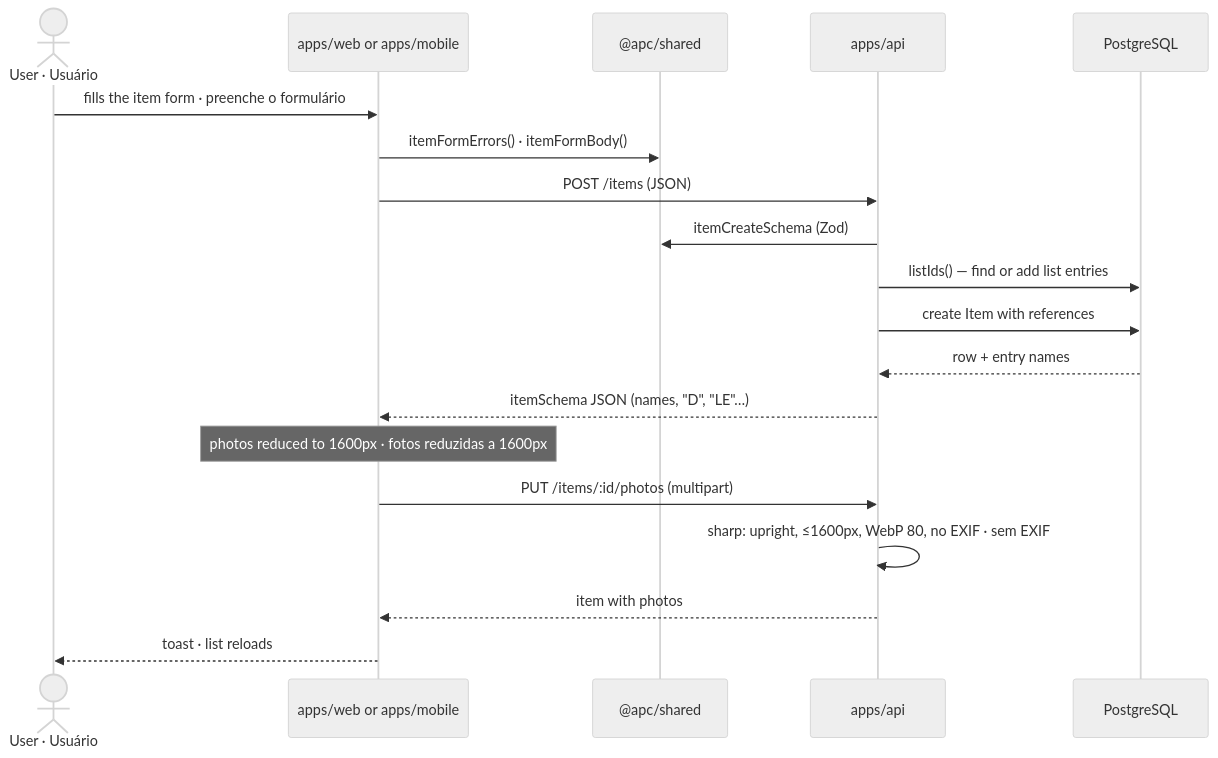
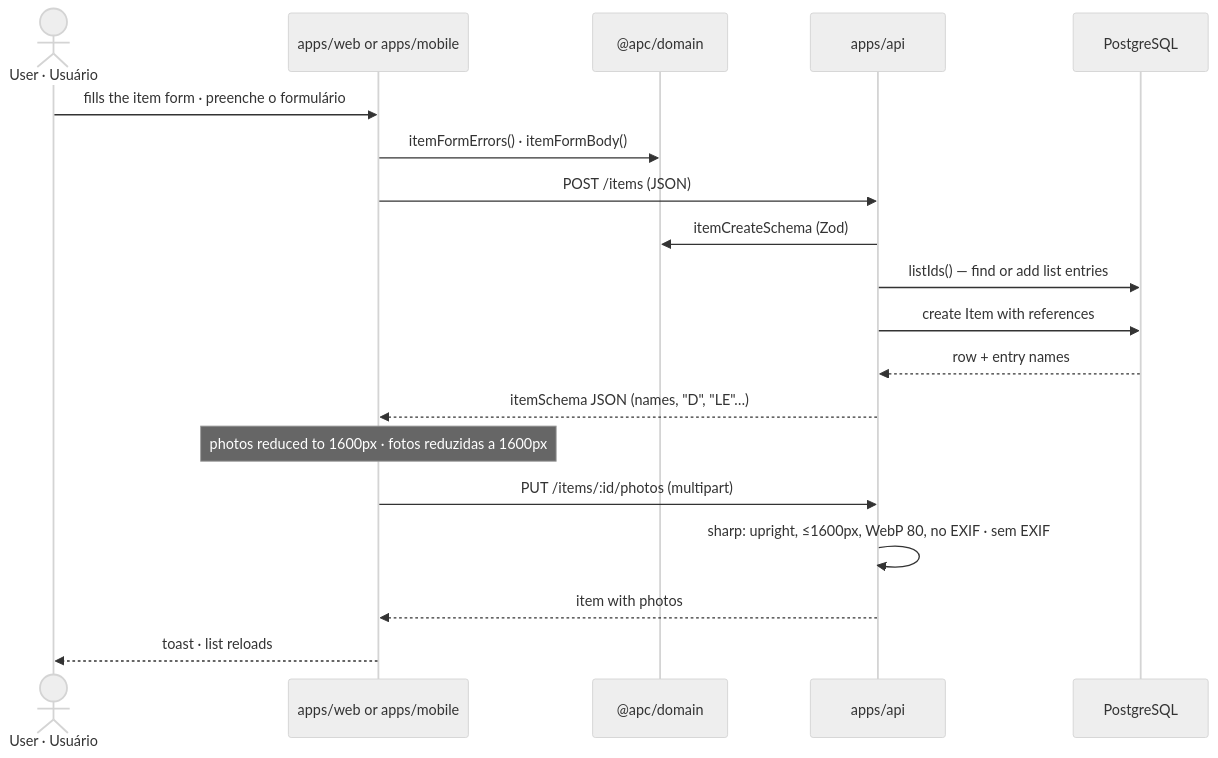
Before and after one commit to ChrisCamilo/apc-universal-repair: the third of 9 diagrams in docs/architecture.md, drawn with Mermaid (neutral theme). The commit also changed other lines of this file and 8 other files, not shown here.

Commit message:
docs: Describe @apc/tokens, @apc/ui-spec and @apc/domain in place of @apc/shared

````diff
--- a/docs/architecture.md
+++ b/docs/architecture.md
@@ -90,22 +105,22 @@
 ```mermaid
 sequenceDiagram
     actor User as User · Usuário
     participant App as apps/web or apps/mobile
-    participant Shared as @apc/shared
+    participant Shared as @apc/domain
     participant API as apps/api
     participant DB as PostgreSQL
 
     User->>App: fills the item form · preenche o formulário
     App->>Shared: itemFormErrors() · itemFormBody()
     App->>API: POST /items (JSON)
     API->>Shared: itemCreateSchema (Zod)
     API->>DB: listIds() — find or add list entries
     API->>DB: create Item with references
     DB-->>API: row + entry names
     API-->>App: itemSchema JSON (names, "D", "LE"…)
     Note over App: photos reduced to 1600px · fotos reduzidas a 1600px
     App->>API: PUT /items/:id/photos (multipart)
     API->>API: sharp: upright, ≤1600px, WebP 80, no EXIF · sem EXIF
     API-->>App: item with photos
     App-->>User: toast · list reloads
 ```
````
